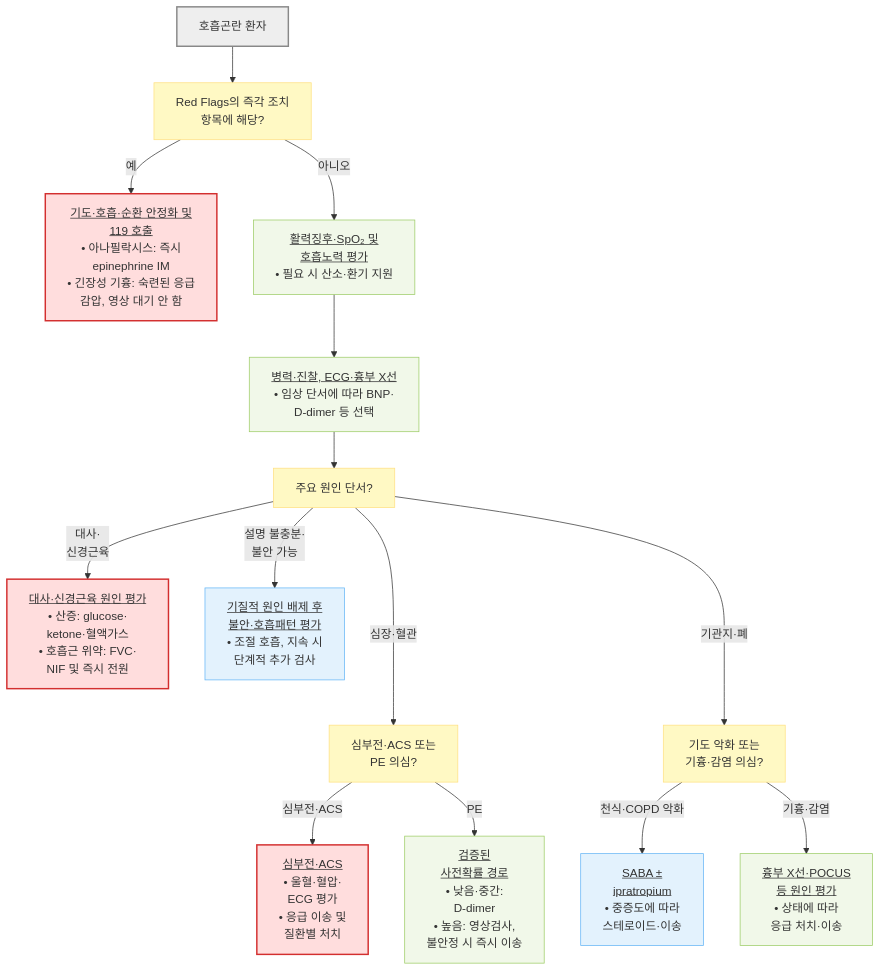
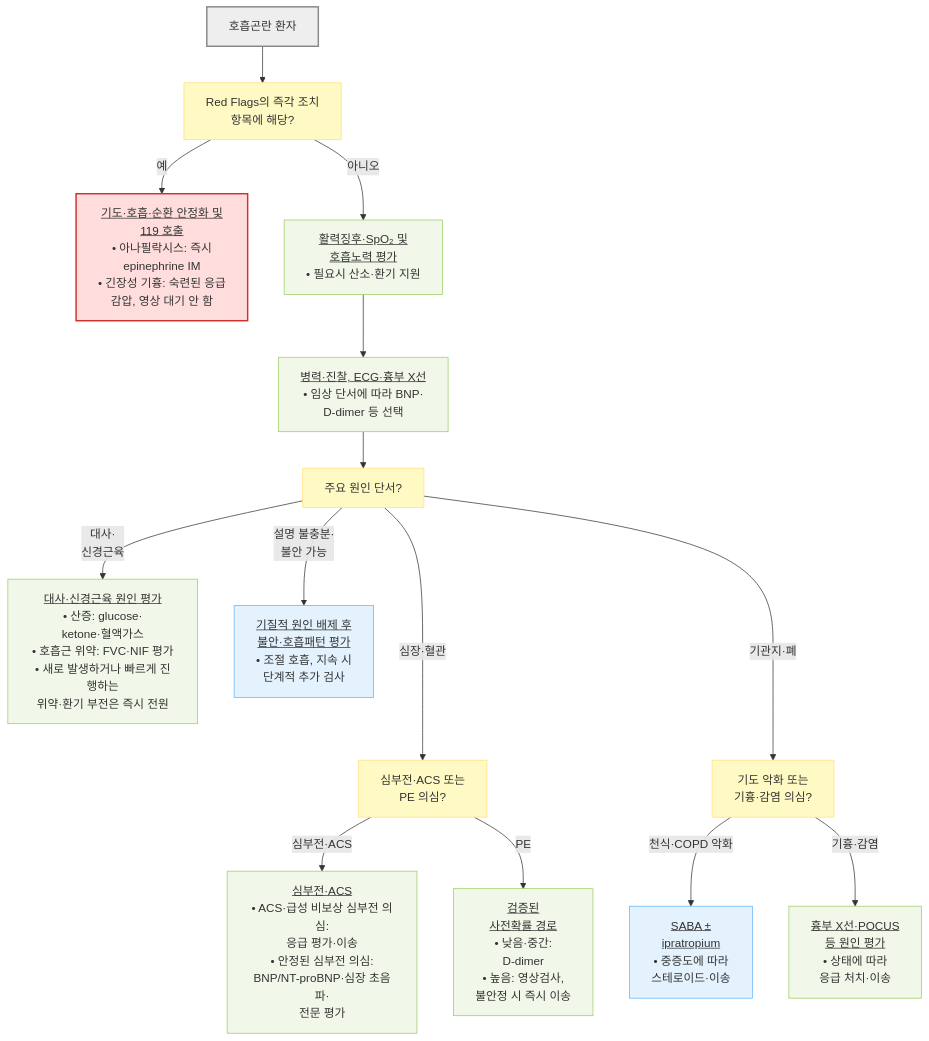
The diagram in 220_/007_-dyspnea.md (familyoh77/familyoh77), drawn with Mermaid before and after one commit. The commit also changed other lines of this file, not shown here.

````diff
--- a/220_/007_-dyspnea.md
+++ b/220_/007_-dyspnea.md
@@ -349,26 +349,26 @@
 ```mermaid
 flowchart TD
     A["호흡곤란 환자"] --> B["Red Flags의 즉각 조치 <br/>항목에 해당?"]
     B -- "예" --> C["<u>기도·호흡·순환 안정화 및 <br/>119 호출</u><br/>• 아나필락시스: 즉시 <br/>epinephrine IM<br/>• 긴장성 기흉: 숙련된 응급 <br/>감압, 영상 대기 안 함"]
-    B -- "아니오" --> D["<u>활력징후·SpO₂ 및 <br/>호흡노력 평가</u><br/>• 필요 시 산소·환기 지원"]
+    B -- "아니오" --> D["<u>활력징후·SpO₂ 및 <br/>호흡노력 평가</u><br/>• 필요시 산소·환기 지원"]
     D --> F["<u>병력·진찰, ECG·흉부 X선</u><br/>• 임상 단서에 따라 BNP·<br/>D-dimer 등 선택"]
     F --> G["주요 원인 단서?"]
     G -- "심장·혈관" ---> H["심부전·ACS 또는 <br/>PE 의심?"]
-    H -- "심부전·ACS" --> H2["<u>심부전·ACS</u><br/>• 울혈·혈압·<br/>ECG 평가<br/>• 응급 이송 및 <br/>질환별 처치"]
+    H -- "심부전·ACS" --> H2["<u>심부전·ACS</u><br/>• ACS·급성 비보상 심부전 의심:<br/>응급 평가·이송<br/>• 안정된 심부전 의심:<br/>BNP/NT-proBNP·심장 초음파·<br/>전문 평가"]
     H -- "PE" --> J["<u>검증된 <br/>사전확률 경로</u><br/>• 낮음·중간: <br/>D-dimer<br/>• 높음: 영상검사, <br/>불안정 시 즉시 이송"]
     G -- "기관지·폐" ---> I["기도 악화 또는 <br/>기흉·감염 의심?"]
     I -- "천식·COPD 악화" --> I2["<u>SABA ± <br/>ipratropium</u><br/>• 중증도에 따라 <br/>스테로이드·이송"]
     I -- "기흉·감염" --> N["<u>흉부 X선·POCUS <br/>등 원인 평가</u><br/>• 상태에 따라 <br/>응급 처치·이송"]
-    G -- "대사·<br/>신경근육" --> K["<u>대사·신경근육 원인 평가</u><br/>• 산증: glucose·<br/>ketone·혈액가스<br/>• 호흡근 위약: FVC·<br/>NIF 및 즉시 전원"]
+    G -- "대사·<br/>신경근육" --> K["<u>대사·신경근육 원인 평가</u><br/>• 산증: glucose·<br/>ketone·혈액가스<br/>• 호흡근 위약: FVC·NIF 평가<br/>• 새로 발생하거나 빠르게 진행하는<br/>위약·환기 부전은 즉시 전원"]
     G -- "설명 불충분·<br/>불안 가능" --> L["<u>기질적 원인 배제 후 <br/>불안·호흡패턴 평가</u><br/>• 조절 호흡, 지속 시 <br/>단계적 추가 검사"]
     classDef start fill:#eeeeee,stroke:#888888,stroke-width:2px
     classDef question fill:#fff9c4,stroke:#ffe082
     classDef emergency fill:#ffdddd,stroke:#d32f2f,stroke-width:2px
     classDef evaluation fill:#f1f8e9,stroke:#9ccc65
     classDef treatment fill:#e3f2fd,stroke:#64b5f6
     class A start
     class B,G,H,I question
-    class C,H2,K emergency
-    class D,F,J,N evaluation
+    class C emergency
+    class D,F,J,N,H2,K evaluation
     class I2,L treatment
 ```
````
